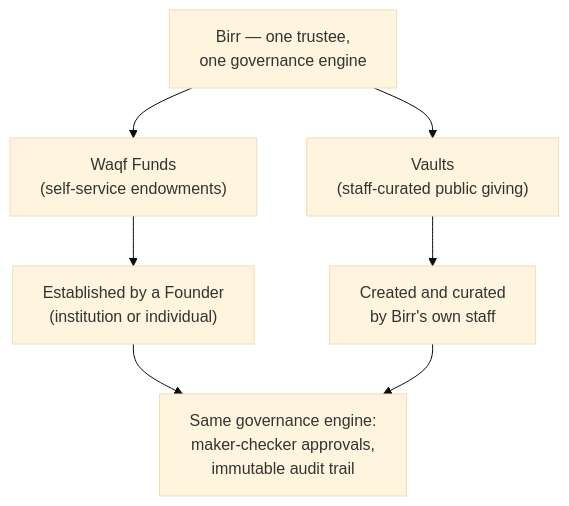
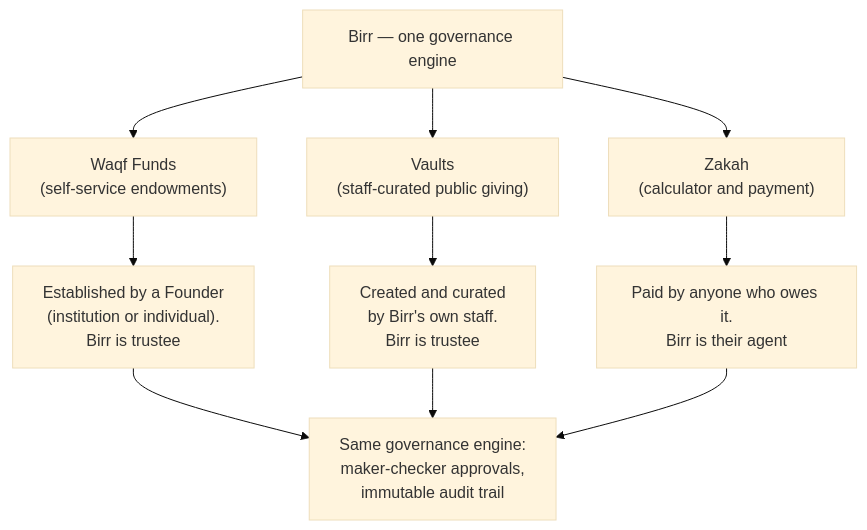
One commit to hahu07/birr changed the diagram in apps/docs/docs/intro.md. Above: the diagram before and after it, drawn with Mermaid (base theme). The commit also changed other lines of this file and 5 other files, not shown here.

````diff
--- a/apps/docs/docs/intro.md
+++ b/apps/docs/docs/intro.md
@@ -37,10 +38,13 @@
 ```mermaid
 flowchart TD
-    A["Birr — one trustee,<br/>one governance engine"]
+    A["Birr — one governance engine"]
     A --> B["Waqf Funds<br/>(self-service endowments)"]
     A --> C["Vaults<br/>(staff-curated public giving)"]
-    B --> B1["Established by a Founder<br/>(institution or individual)"]
-    C --> C1["Created and curated<br/>by Birr's own staff"]
+    A --> Z["Zakah<br/>(calculator and payment)"]
+    B --> B1["Established by a Founder<br/>(institution or individual).<br/>Birr is trustee"]
+    C --> C1["Created and curated<br/>by Birr's own staff.<br/>Birr is trustee"]
+    Z --> Z1["Paid by anyone who owes it.<br/>Birr is their agent"]
     B1 --> D["Same governance engine:<br/>maker-checker approvals,<br/>immutable audit trail"]
     C1 --> D
+    Z1 --> D
 ```
````
